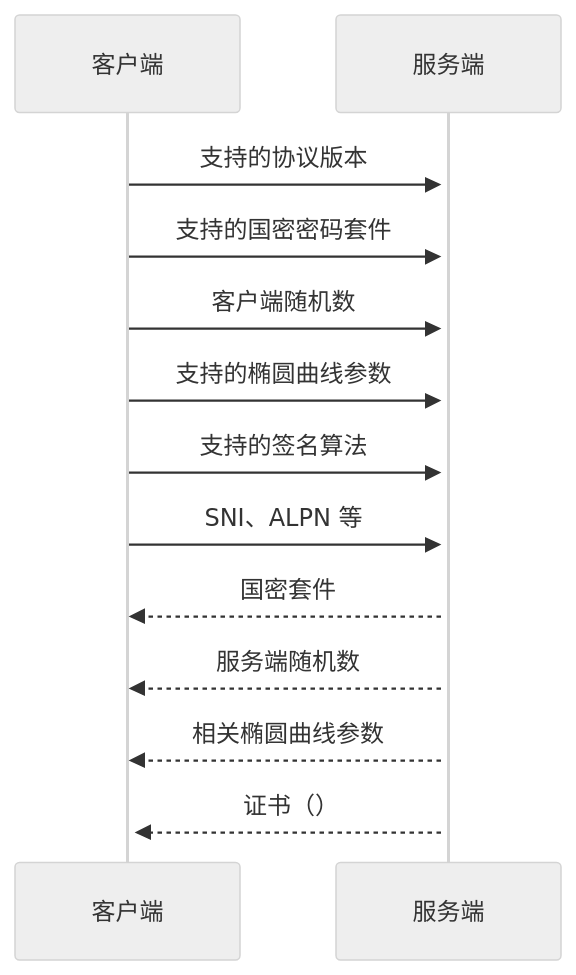
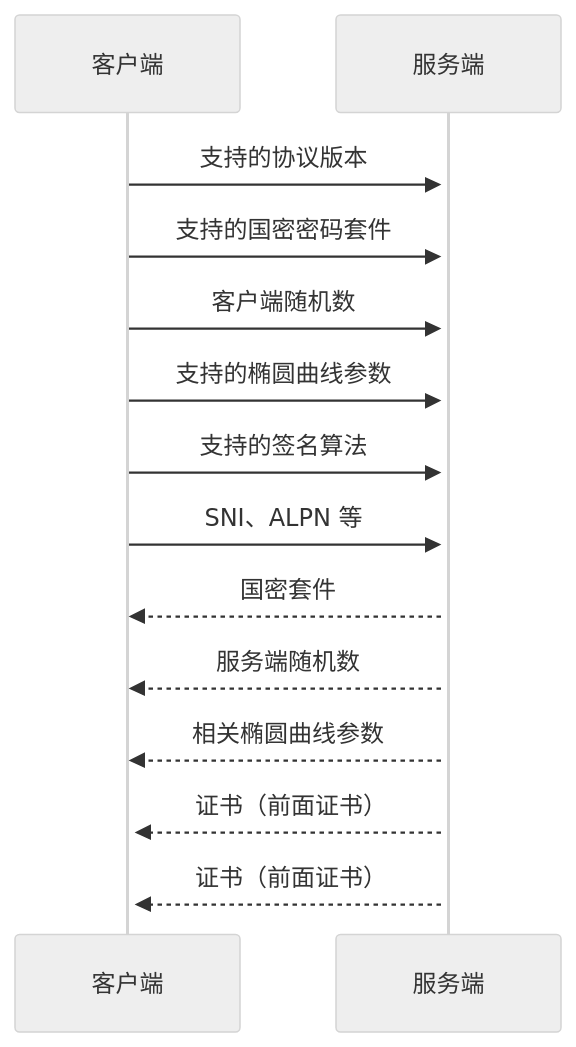
The diagram in all/未命名-1.md (HY-10-8/iodraw-files), drawn with Mermaid (neutral theme) before and after one commit.

Commit message:
2026-03-24 10:02:35 update

````diff
--- a/all/未命名-1.md
+++ b/all/未命名-1.md
@@ -1,17 +1,18 @@
 ```mermaid
 sequenceDiagram
     客户端->>+服务端: 支持的协议版本
     客户端->>服务端: 支持的国密密码套件
     客户端->>服务端: 客户端随机数
     客户端->>服务端: 支持的椭圆曲线参数
     客户端->>服务端: 支持的签名算法
     客户端->>+服务端: SNI、ALPN 等
 
     服务端-->>客户端: 国密套件
     服务端-->>客户端: 服务端随机数
     服务端-->>客户端: 相关椭圆曲线参数
 
-    服务端-->>+客户端: 证书（）
+    服务端-->>+客户端: 证书（前面证书）
+    服务端-->>+客户端: 证书（前面证书）
 
             
 ```
````
